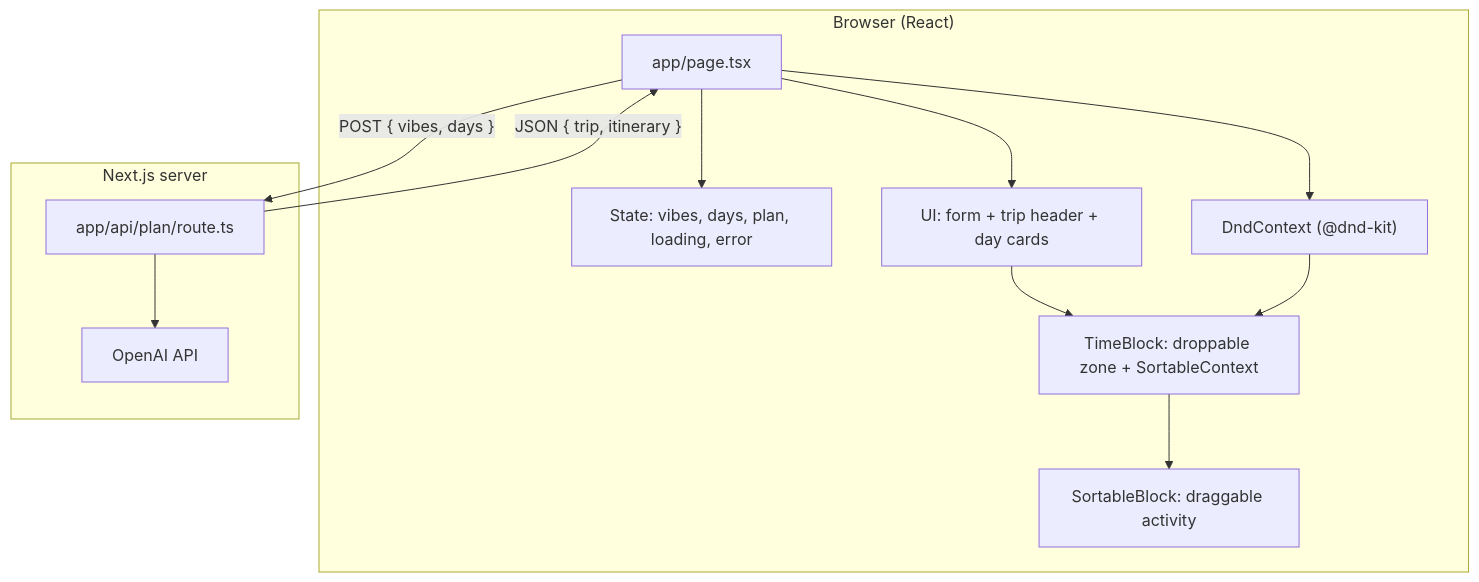
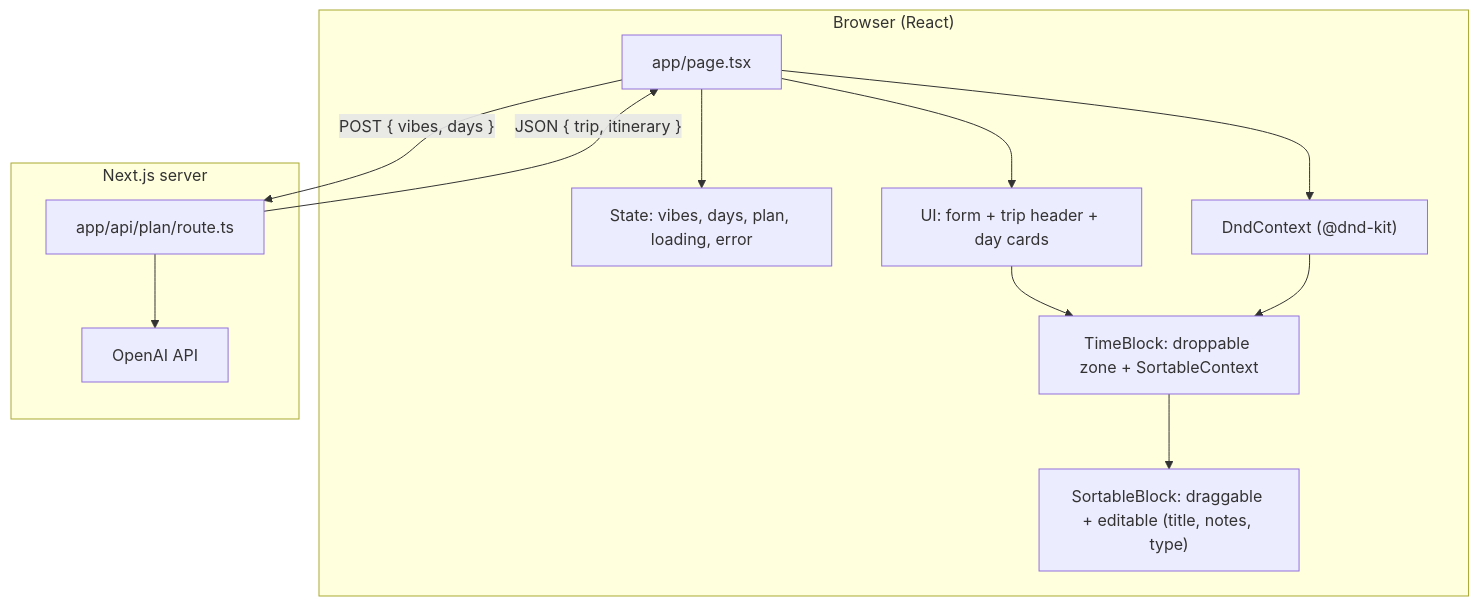
One commit to RaphLed/travel-planner changed the third of 4 diagrams in docs/how-it-works.md. Above: the diagram before and after it, drawn with Mermaid. The commit also changed other lines of this file and 3 other files, not shown here.

Commit message:
feat: add editable activity blocks (inline edit title, notes, type)

````diff
--- a/docs/how-it-works.md
+++ b/docs/how-it-works.md
@@ -53,20 +56,20 @@
 ```mermaid
 flowchart TB
   subgraph Client["Browser (React)"]
     Page["app/page.tsx"]
     Page --> State["State: vibes, days, plan, loading, error"]
     Page --> DND["DndContext (@dnd-kit)"]
     Page --> UI["UI: form + trip header + day cards"]
     UI --> TimeBlock["TimeBlock: droppable zone + SortableContext"]
-    TimeBlock --> SortableBlock["SortableBlock: draggable activity"]
+    TimeBlock --> SortableBlock["SortableBlock: draggable + editable (title, notes, type)"]
     DND --> TimeBlock
   end
 
   subgraph Server["Next.js server"]
     Route["app/api/plan/route.ts"]
     Route --> OpenAI["OpenAI API"]
   end
 
   Page -->|"POST { vibes, days }"| Route
   Route -->|"JSON { trip, itinerary }"| Page
 ```
````
